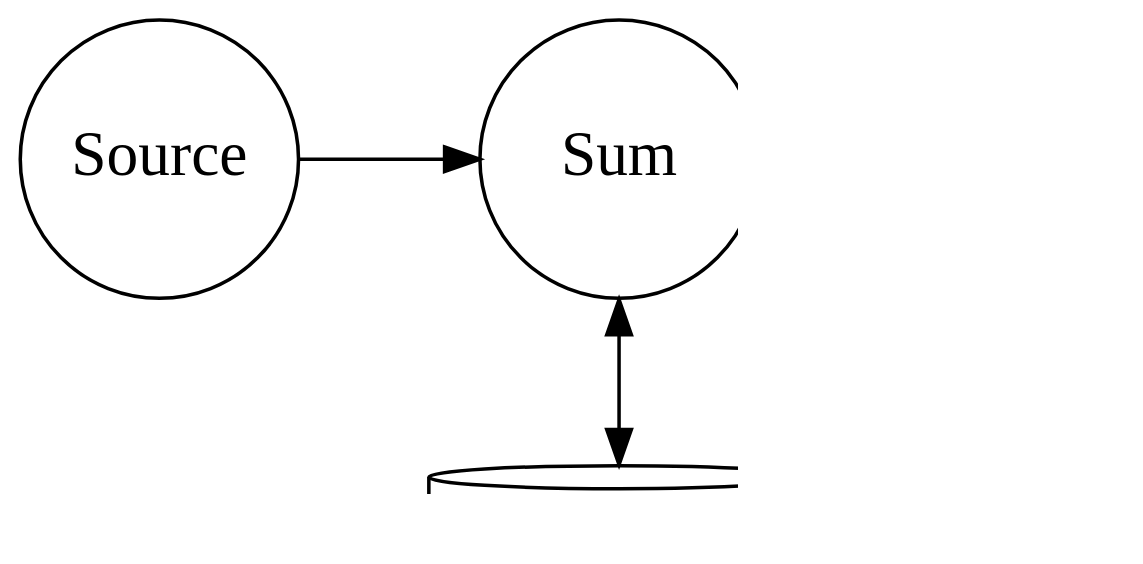
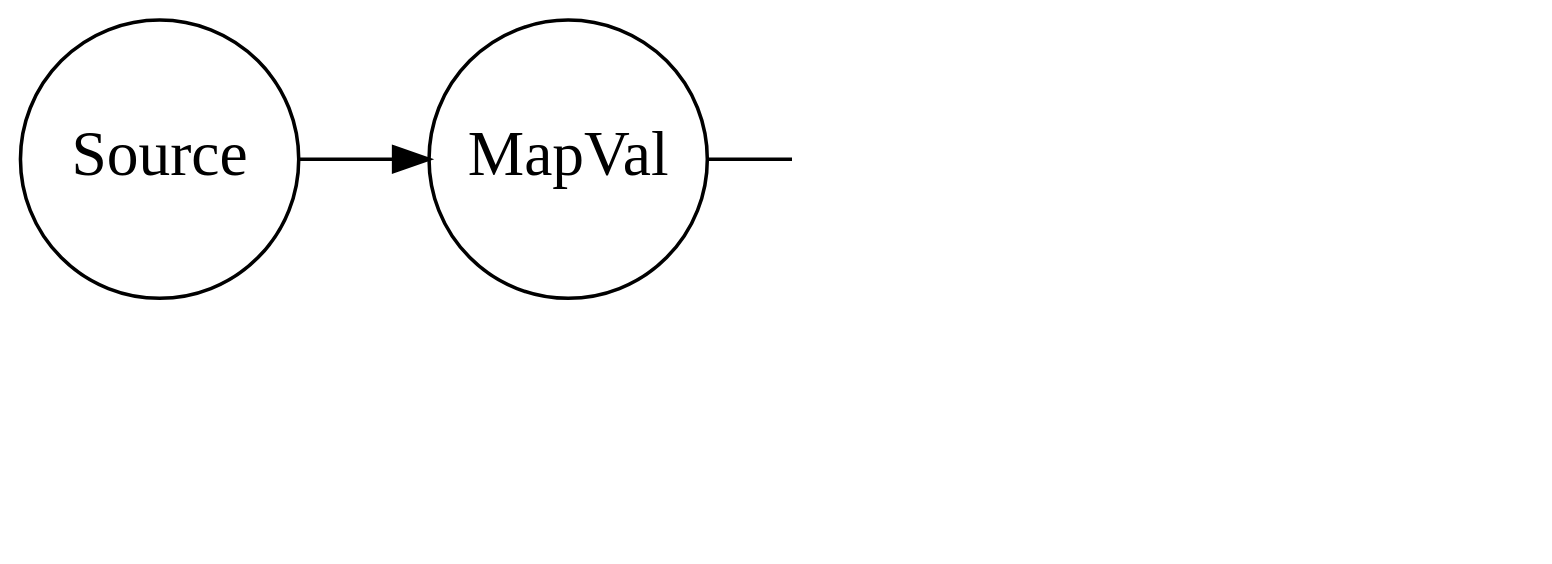
Before and after one commit to inponomarev/kstreams-examples: the sixth of 16 diagrams in slides/src/main/asciidoc/kstreams.adoc, drawn with Graphviz. The commit also changed other lines of this file and 17 other files, not shown here.

```diff
--- a/slides/src/main/asciidoc/kstreams.adoc
+++ b/slides/src/main/asciidoc/kstreams.adoc
@@ -386,12 +403,12 @@
 [graphviz, "counting-topology.png"]
 -----
 digraph G {
 graph [ dpi = 150 ]; 
 rankdir="LR";
 node [fontsize=18; shape="circle"; fixedsize="true"; width="1.1"];
 Store [shape="cylinder"; label="Local Store"; fixedsize="true"; width="1.5"]
-Source -> Sum -> Sink
+Source -> MapVal -> Sum -> Sink
 Sum -> Store [dir=both; label=" \n "]
 {rank = same; Store; Sum;}
 }
 -----
```
